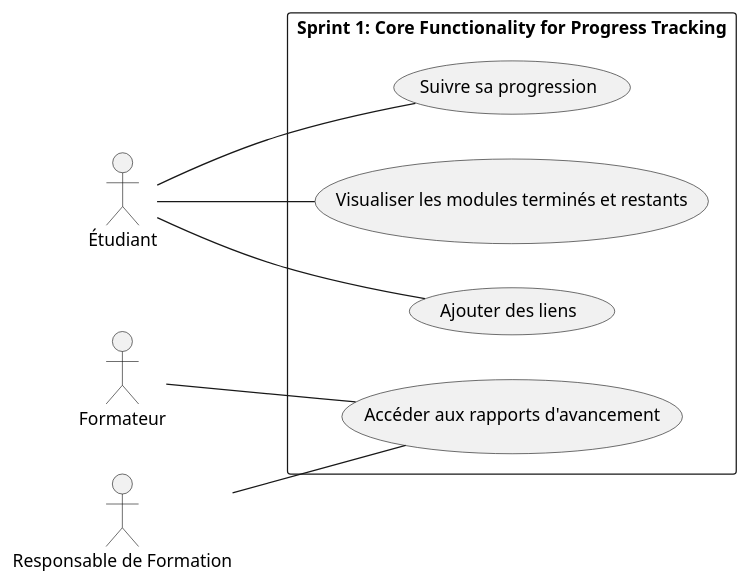
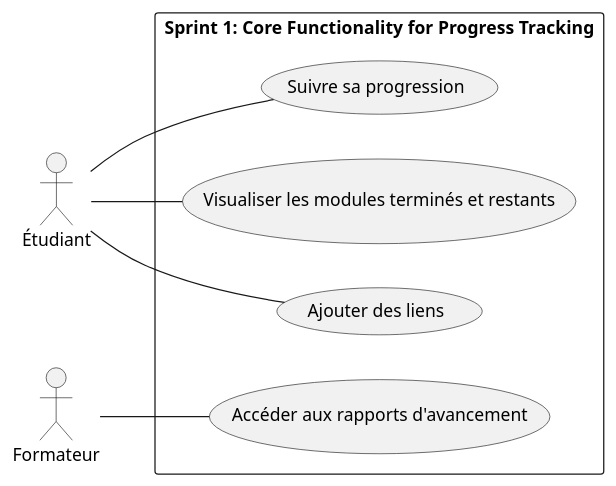
One commit to AyoubBakali07/UI_UX_Design changed the diagram in Branch_fonctionell/Use_cases/Use_case_sprint1.puml. Above: the diagram before and after it, drawn with PlantUML. The commit also changed 4 other files, not shown here.

```diff
--- a/Branch_fonctionell/Use_cases/Use_case_sprint1.puml
+++ b/Branch_fonctionell/Use_cases/Use_case_sprint1.puml
@@ -1,21 +1,20 @@
 @startuml
 left to right direction
 actor Étudiant
 actor Formateur
-actor "Responsable de Formation" as Responsable
 
 rectangle "Sprint 1: Core Functionality for Progress Tracking" {
     usecase "Suivre sa progression" as UC1
     usecase "Visualiser les modules terminés et restants" as UC3
     usecase "Ajouter des liens" as UC9
     usecase "Accéder aux rapports d'avancement" as UC4
 }
 
 Étudiant -- UC1
 Étudiant -- UC3
 Étudiant -- UC9
 
 Formateur -- UC4
 
-Responsable -- UC4
+
 @enduml
```
